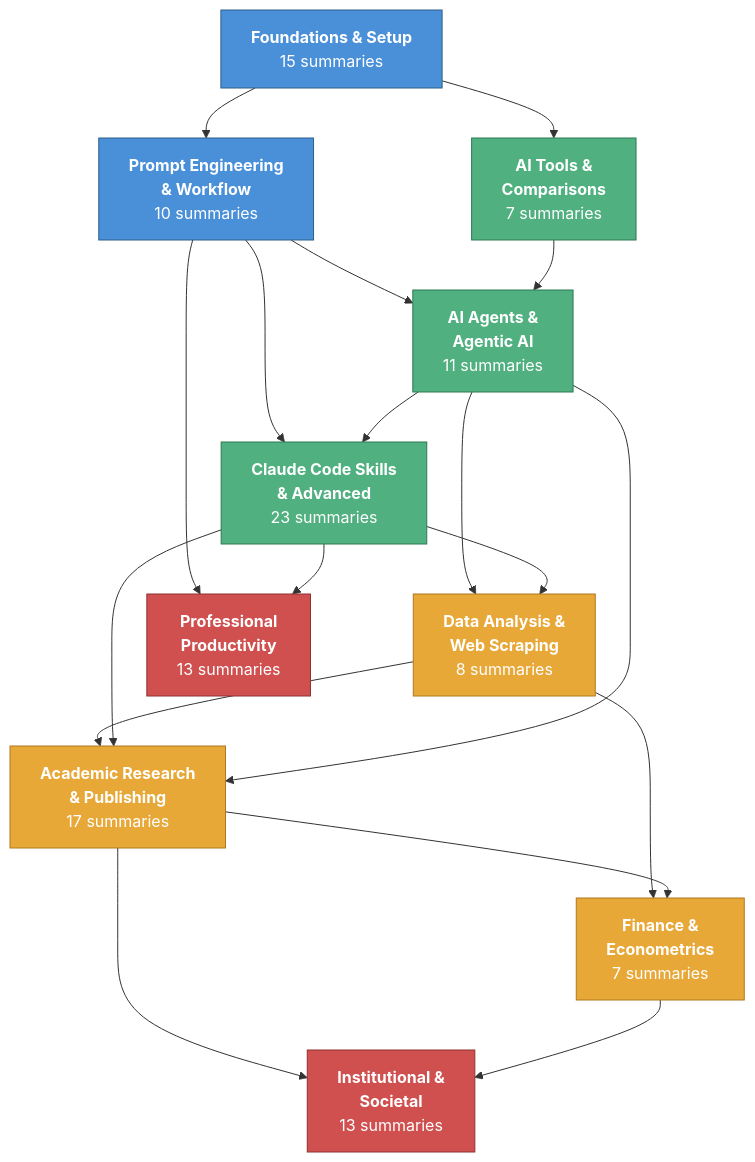
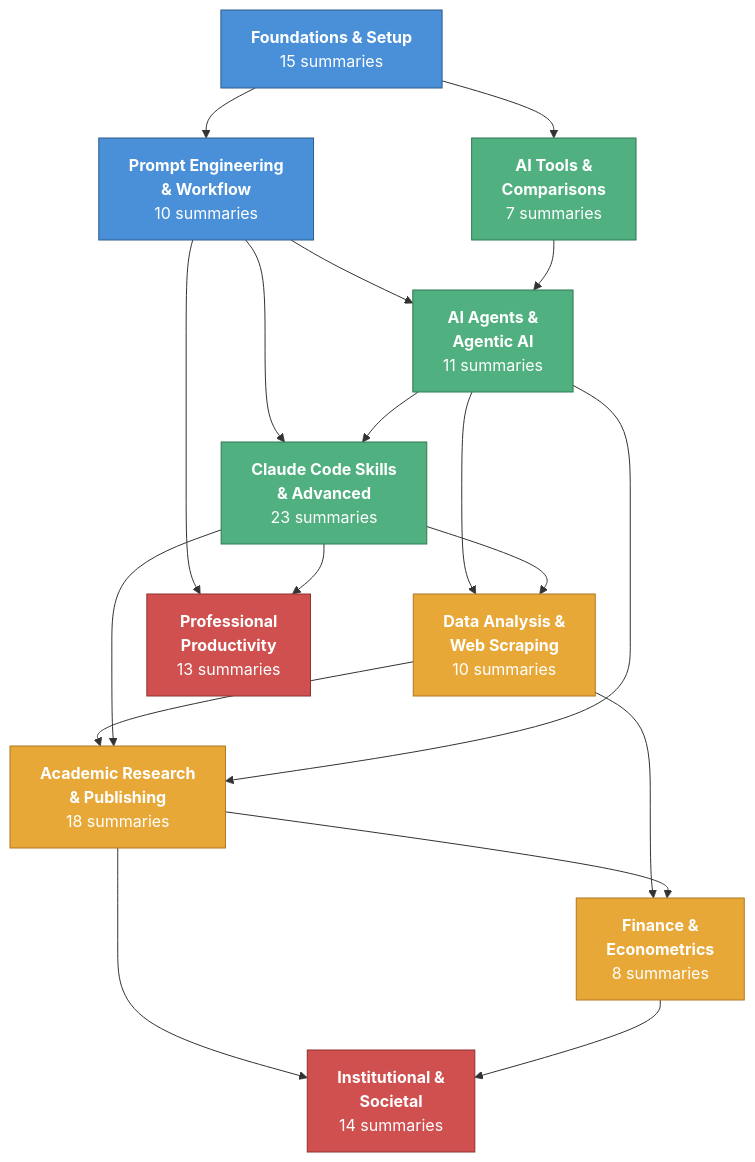
Before and after one commit to velikov-mihail/ai-econ-wiki: the diagram in wiki/visualizations/category-map.md, drawn with Mermaid. The commit also changed 2 other files, not shown here.

Commit message:
Maintain: rebuild indexes, update counts and timeline

````diff
--- a/wiki/visualizations/category-map.md
+++ b/wiki/visualizations/category-map.md
@@ -11,49 +11,49 @@
 ```mermaid
 graph TD
     FS["<b>Foundations & Setup</b><br/>15 summaries"]
     PE["<b>Prompt Engineering<br/>& Workflow</b><br/>10 summaries"]
     AG["<b>AI Agents &<br/>Agentic AI</b><br/>11 summaries"]
     CS["<b>Claude Code Skills<br/>& Advanced</b><br/>23 summaries"]
-    DA["<b>Data Analysis &<br/>Web Scraping</b><br/>8 summaries"]
-    AR["<b>Academic Research<br/>& Publishing</b><br/>17 summaries"]
-    FE["<b>Finance &<br/>Econometrics</b><br/>7 summaries"]
+    DA["<b>Data Analysis &<br/>Web Scraping</b><br/>10 summaries"]
+    AR["<b>Academic Research<br/>& Publishing</b><br/>18 summaries"]
+    FE["<b>Finance &<br/>Econometrics</b><br/>8 summaries"]
     AT["<b>AI Tools &<br/>Comparisons</b><br/>7 summaries"]
-    IS["<b>Institutional &<br/>Societal</b><br/>13 summaries"]
+    IS["<b>Institutional &<br/>Societal</b><br/>14 summaries"]
     PP["<b>Professional<br/>Productivity</b><br/>13 summaries"]
 
     %% Foundational layer
     FS --> PE
     FS --> AT
     PE --> AG
     PE --> CS
 
     %% Technical layer
     AG --> CS
     AG --> DA
     CS --> DA
     AT --> AG
 
     %% Applied layer
     DA --> AR
     DA --> FE
     AR --> FE
     CS --> AR
     AG --> AR
 
     %% Productivity & big picture
     PE --> PP
     CS --> PP
     AR --> IS
     FE --> IS
 
     %% Styling
     classDef foundation fill:#4a90d9,stroke:#2c5f8a,color:#fff
     classDef technical fill:#50b080,stroke:#2d7a50,color:#fff
     classDef applied fill:#e8a838,stroke:#b07820,color:#fff
     classDef bigpicture fill:#d05050,stroke:#903030,color:#fff
 
     class FS,PE foundation
     class AG,CS,AT technical
     class DA,AR,FE applied
     class IS,PP bigpicture
 ```
````
